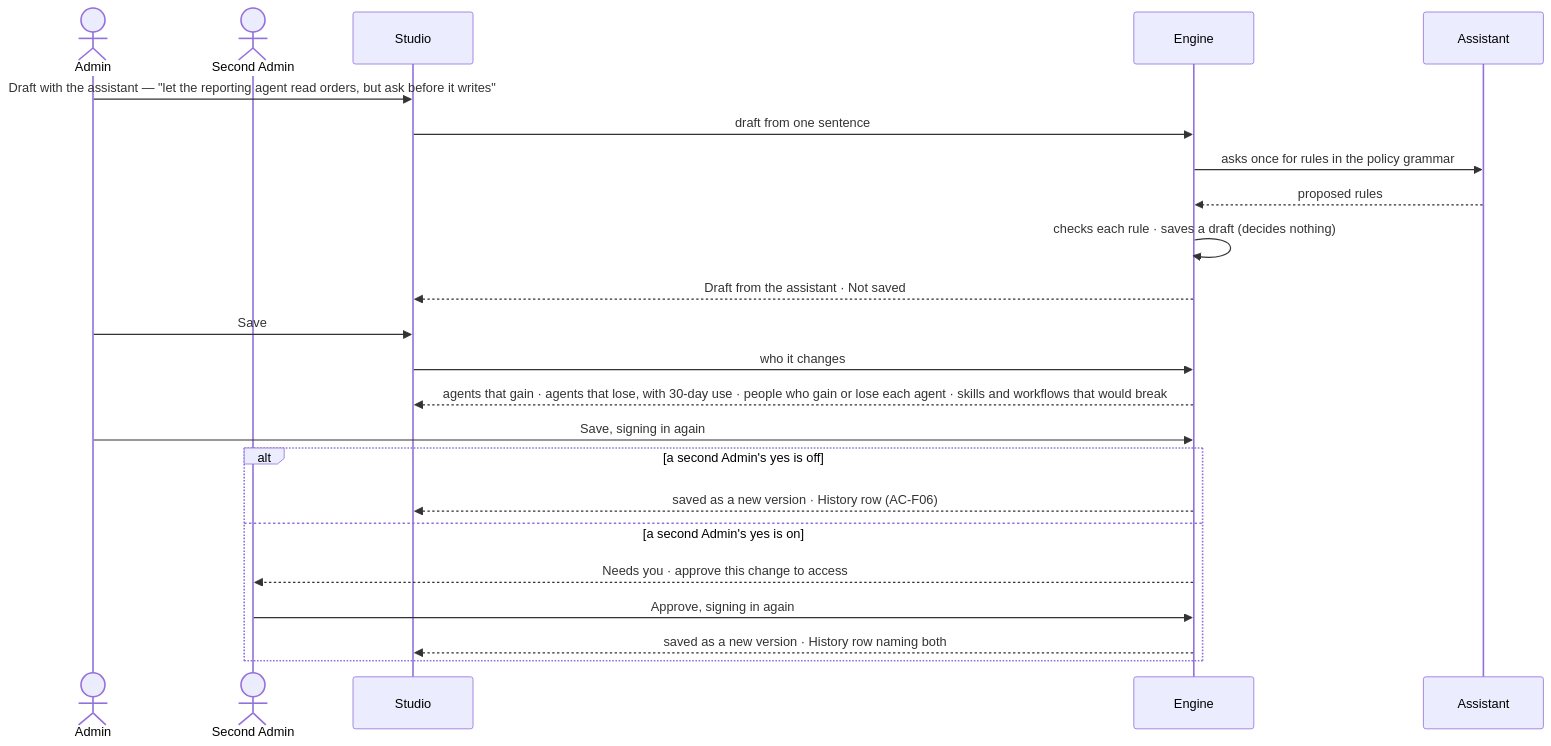
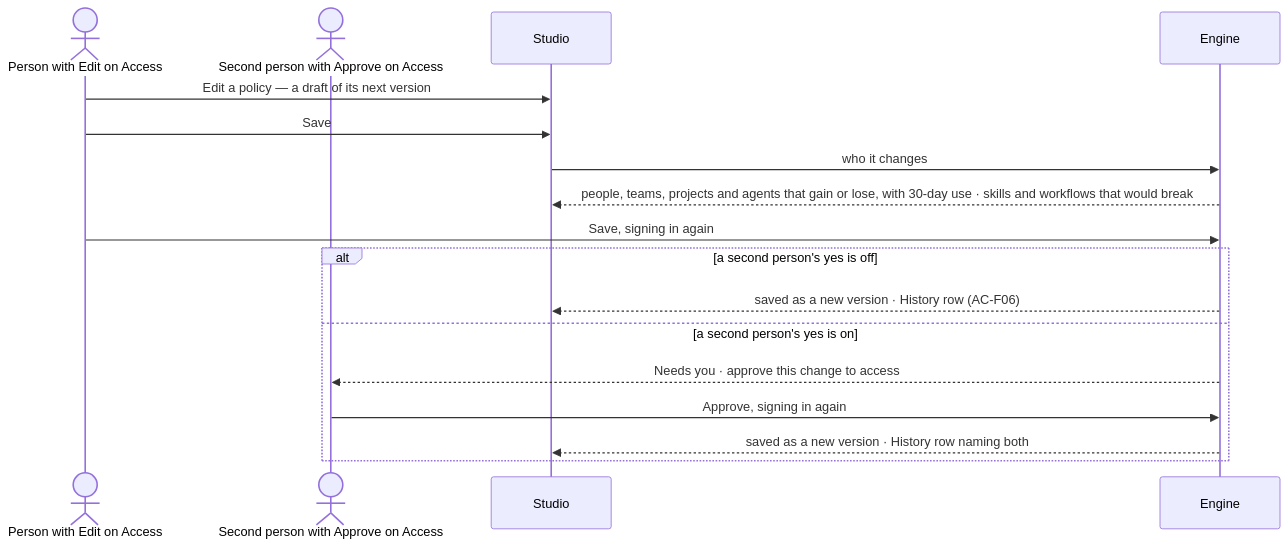
Before and after one commit to invana/invana: the second of 2 diagrams in specs/os/access/features/AC-F02-access-policies/feature.md, drawn with Mermaid. The commit also changed other lines of this file and 456 other files, not shown here.

````diff
--- a/specs/os/access/features/AC-F02-access-policies/feature.md
+++ b/specs/os/access/features/AC-F02-access-policies/feature.md
@@ -69,25 +79,19 @@
 ```mermaid
 sequenceDiagram
-  actor P as Admin
-  actor Q as Second Admin
+  actor P as Person with Edit on Access
+  actor Q as Second person with Approve on Access
   participant S as Studio
   participant E as Engine
-  participant A as Assistant
-  P->>S: Draft with the assistant — "let the reporting agent read orders, but ask before it writes"
-  S->>E: draft from one sentence
-  E->>A: asks once for rules in the policy grammar
-  A-->>E: proposed rules
-  E->>E: checks each rule · saves a draft (decides nothing)
-  E-->>S: Draft from the assistant · Not saved
+  P->>S: Edit a policy — a draft of its next version
   P->>S: Save
   S->>E: who it changes
-  E-->>S: agents that gain · agents that lose, with 30-day use · people who gain or lose each agent · skills and workflows that would break
+  E-->>S: people, teams, projects and agents that gain or lose, with 30-day use · skills and workflows that would break
   P->>E: Save, signing in again
-  alt a second Admin's yes is off
+  alt a second person's yes is off
     E-->>S: saved as a new version · History row (AC-F06)
-  else a second Admin's yes is on
+  else a second person's yes is on
     E-->>Q: Needs you · approve this change to access
     Q->>E: Approve, signing in again
     E-->>S: saved as a new version · History row naming both
   end
 ```
````
